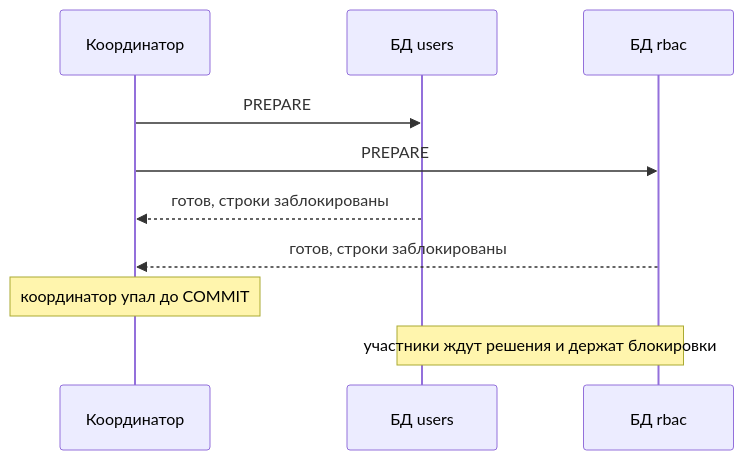
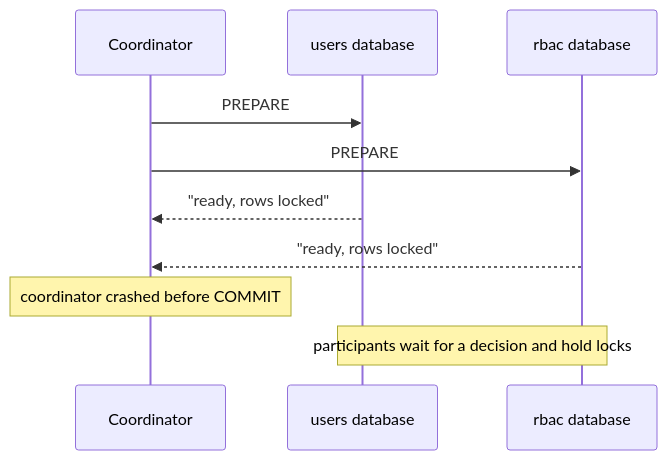
The first of 4 diagrams in courses-content/backend/B/1/en/0.4 Согласованность данных.md (pavel-skripko-innowise/inno-fe-be-a1), drawn with Mermaid before and after one commit. The commit also changed other lines of this file and 35 other files, not shown here.

````diff
--- a/courses-content/backend/B/1/en/0.4 Согласованность данных.md
+++ b/courses-content/backend/B/1/en/0.4 Согласованность данных.md
@@ -37,12 +37,12 @@
 ```mermaid
 sequenceDiagram
-  participant C as Координатор
-  participant U as БД users
-  participant R as БД rbac
+  participant C as Coordinator
+  participant U as users database
+  participant R as rbac database
   C->>U: PREPARE
   C->>R: PREPARE
-  U-->>C: готов, строки заблокированы
-  R-->>C: готов, строки заблокированы
-  Note over C: координатор упал до COMMIT
-  Note over U,R: участники ждут решения и держат блокировки
+  U-->>C: "ready, rows locked"
+  R-->>C: "ready, rows locked"
+  Note over C: coordinator crashed before COMMIT
+  Note over U,R: participants wait for a decision and hold locks
 ```
````
